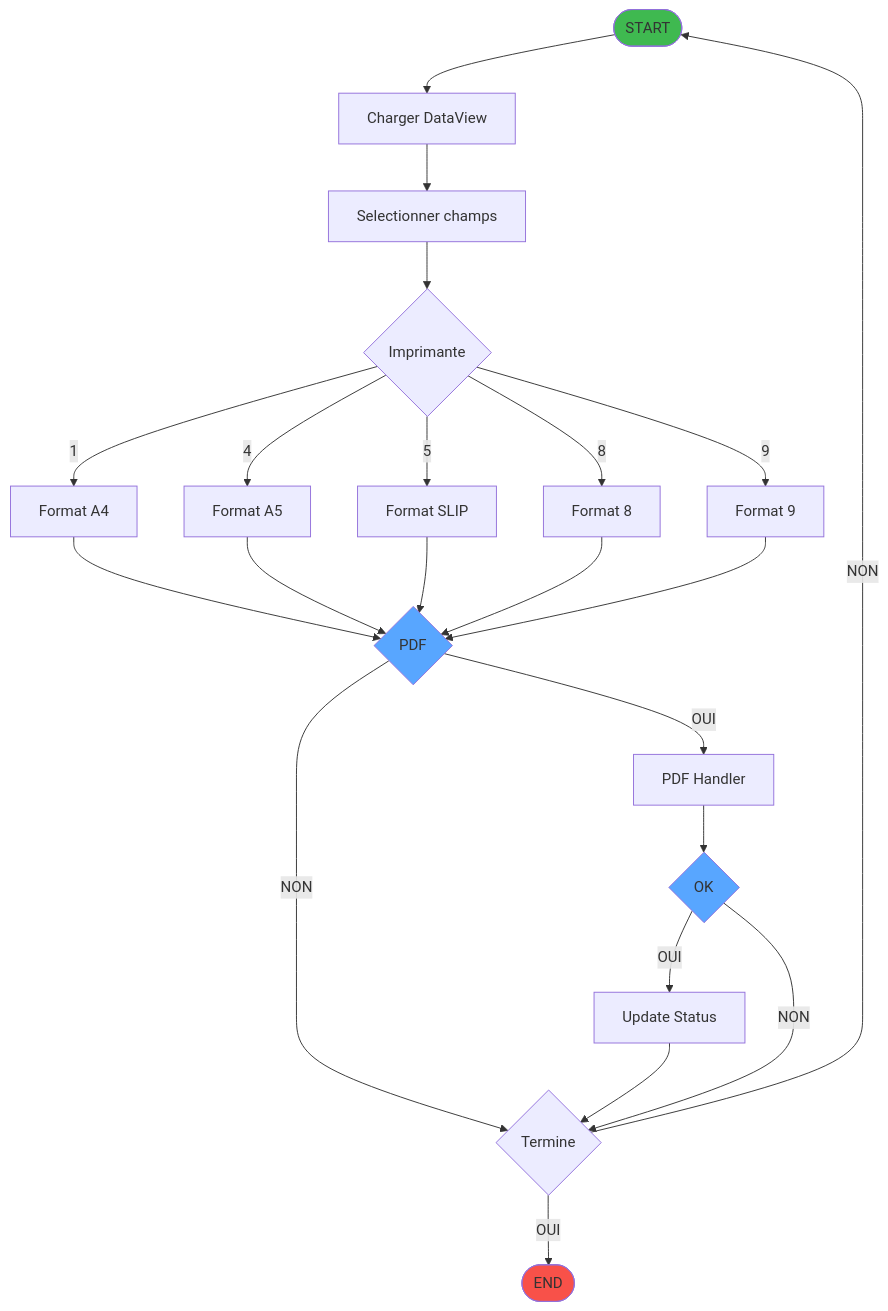
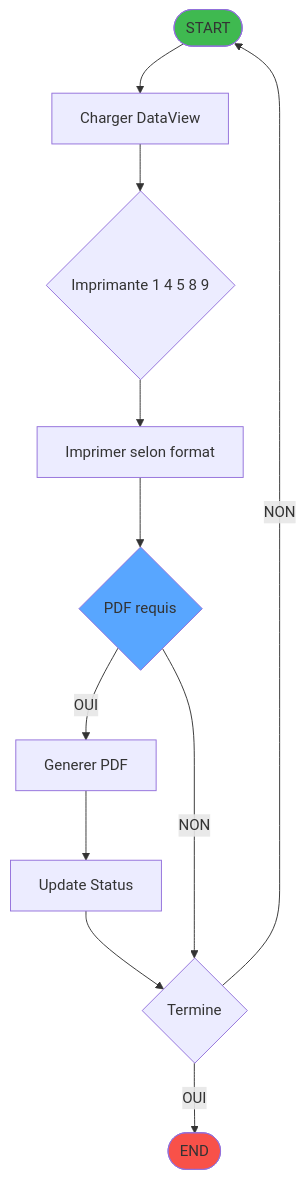
One commit to thonyAGP/lecteur-magic changed the first of 2 diagrams in .openspec/specs/ADH-IDE-236.md. Above: the diagram before and after it, drawn with Mermaid.

Commit message:
fix(specs): simplify flowchart to avoid Mermaid routing bug

````diff
--- a/.openspec/specs/ADH-IDE-236.md
+++ b/.openspec/specs/ADH-IDE-236.md
@@ -114,41 +114,23 @@
 ```mermaid
 flowchart TD
     START([START])
     LOAD[Charger DataView]
-    SELECT[Selectionner champs]
-    PRINTER{Imprimante}
-    P1[Format A4]
-    P4[Format A5]
-    P5[Format SLIP]
-    P8[Format 8]
-    P9[Format 9]
-    PDF{PDF}
-    T41[PDF Handler]
-    PDFOK{OK}
-    T37[Update Status]
+    PRINTER{Imprimante 1 4 5 8 9}
+    PRINT[Imprimer selon format]
+    PDF{PDF requis}
+    GENPDF[Generer PDF]
+    UPDATE[Update Status]
     COUNTER{Termine}
     ENDOK([END])
 
-    START --> LOAD --> SELECT --> PRINTER
-    PRINTER -->|1| P1
-    PRINTER -->|4| P4
-    PRINTER -->|5| P5
-    PRINTER -->|8| P8
-    PRINTER -->|9| P9
-    P1 --> PDF
-    P4 --> PDF
-    P5 --> PDF
-    P8 --> PDF
-    P9 --> PDF
-    PDF -->|OUI| T41 --> PDFOK
+    START --> LOAD --> PRINTER
+    PRINTER --> PRINT --> PDF
+    PDF -->|OUI| GENPDF --> UPDATE --> COUNTER
     PDF -->|NON| COUNTER
-    PDFOK -->|OUI| T37 --> COUNTER
-    PDFOK -->|NON| COUNTER
     COUNTER -->|NON| START
     COUNTER -->|OUI| ENDOK
 
     style START fill:#3fb950
     style ENDOK fill:#f85149
     style PDF fill:#58a6ff
-    style PDFOK fill:#58a6ff
 ```
````
